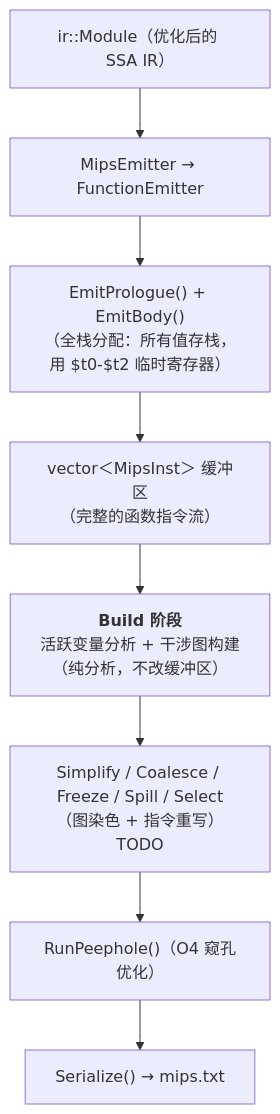
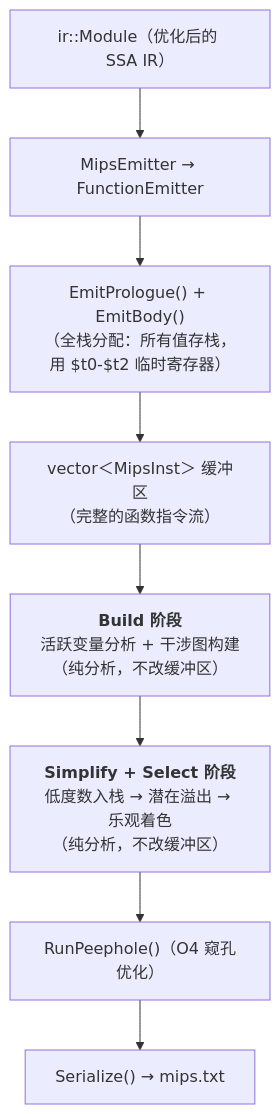
One commit to handofsilver/BUAA_SysY_Compiler_2024 changed the first of 4 diagrams in docs/design_documents/register_allocation.md. Above: the diagram before and after it, drawn with Mermaid. The commit also changed other lines of this file and 2 other files, not shown here.

Commit message:
feat: implement Simplify+Select phase for graph-coloring register allocation

````diff
--- a/docs/design_documents/register_allocation.md
+++ b/docs/design_documents/register_allocation.md
@@ -22,11 +21,11 @@
 ```mermaid
 flowchart TD
     IR["ir::Module（优化后的 SSA IR）"]
     IR --> MIPS["MipsEmitter → FunctionEmitter"]
     MIPS --> EMIT["EmitPrologue() + EmitBody()<br/>（全栈分配：所有值存栈，用 $t0-$t2 临时寄存器）"]
     EMIT --> BUF["vector＜MipsInst＞ 缓冲区<br/>（完整的函数指令流）"]
     BUF --> BUILD["<b>Build 阶段</b><br/>活跃变量分析 + 干涉图构建<br/>（纯分析，不改缓冲区）"]
-    BUILD --> SIMP["Simplify / Coalesce / Freeze / Spill / Select<br/>（图染色 + 指令重写）<br/>TODO"]
+    BUILD --> SIMP["<b>Simplify + Select 阶段</b><br/>低度数入栈 → 潜在溢出 → 乐观着色<br/>（纯分析，不改缓冲区）"]
     SIMP --> PEEP["RunPeephole()（O4 窥孔优化）"]
     PEEP --> SER["Serialize() → mips.txt"]
 ```
````
